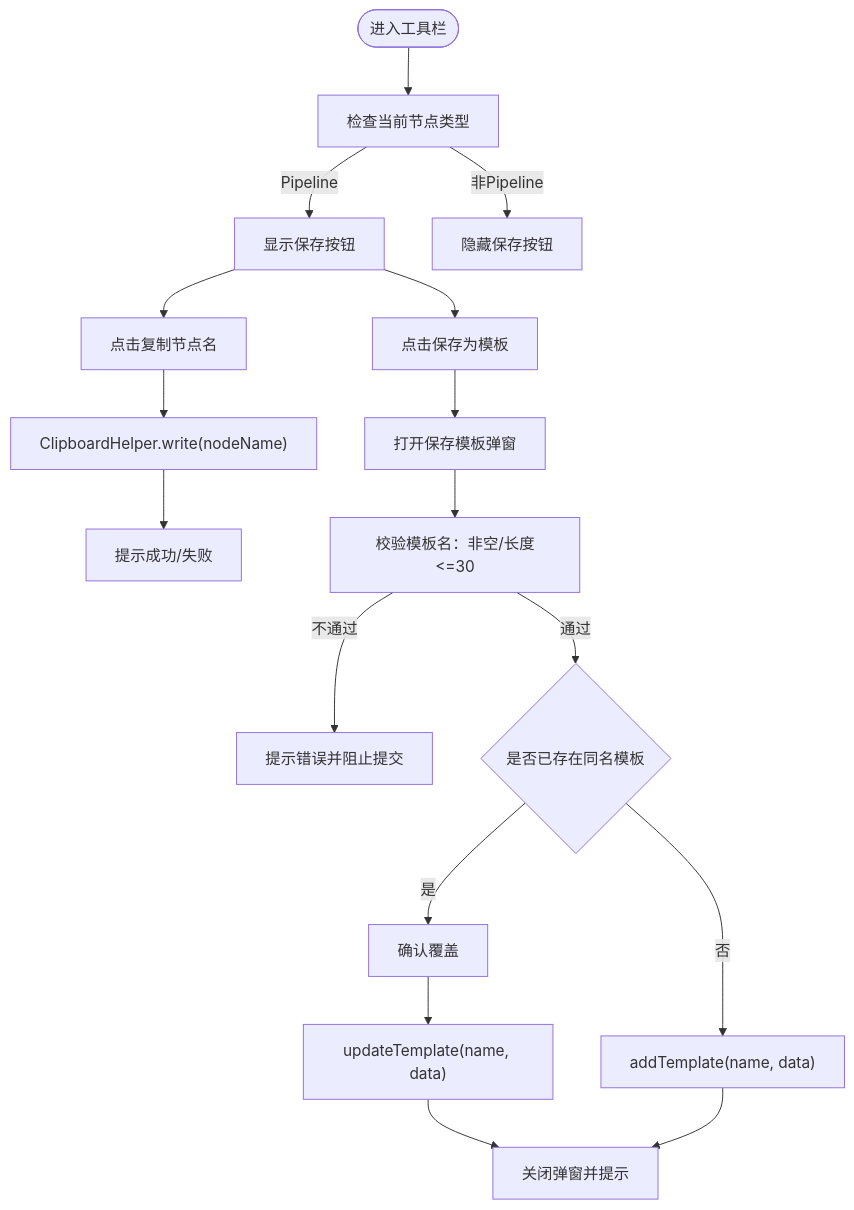
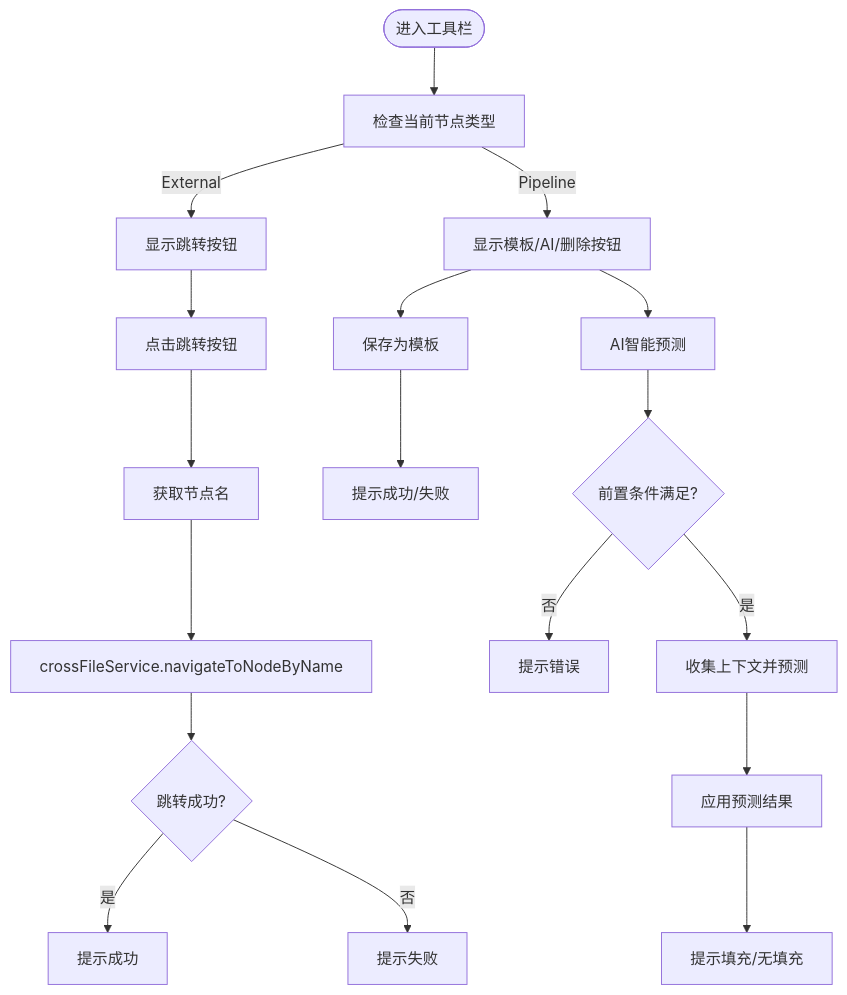
One commit to kqcoxn/MaaPipelineEditor changed the third of 6 diagrams in .qoder/repowiki/zh/content/核心概念/字段面板工具栏.md. Above: the diagram before and after it, drawn with Mermaid. The commit also changed other lines of this file and 6 other files, not shown here.

````diff
--- a/.qoder/repowiki/zh/content/核心概念/字段面板工具栏.md
+++ b/.qoder/repowiki/zh/content/核心概念/字段面板工具栏.md
@@ -166,19 +129,20 @@
 ```mermaid
 flowchart TD
 Start(["进入工具栏"]) --> CheckType["检查当前节点类型"]
-CheckType --> |Pipeline| ShowSave["显示保存按钮"]
-CheckType --> |非Pipeline| HideSave["隐藏保存按钮"]
-ShowSave --> ClickCopy["点击复制节点名"]
-ClickCopy --> CopyExec["ClipboardHelper.write(nodeName)"]
-CopyExec --> CopyDone["提示成功/失败"]
-ShowSave --> ClickSave["点击保存为模板"]
-ClickSave --> OpenModal["打开保存模板弹窗"]
-OpenModal --> Validate["校验模板名：非空/长度<=30"]
-Validate --> |不通过| Warn["提示错误并阻止提交"]
-Validate --> |通过| DupCheck{"是否已存在同名模板"}
-DupCheck --> |是| ConfirmOverwrite["确认覆盖"]
-ConfirmOverwrite --> Overwrite["updateTemplate(name, data)"]
-DupCheck --> |否| AddNew["addTemplate(name, data)"]
-Overwrite --> Done["关闭弹窗并提示"]
-AddNew --> Done
+CheckType --> |External| NavBtn["显示跳转按钮"]
+CheckType --> |Pipeline| PipeBtns["显示模板/AI/删除按钮"]
+NavBtn --> ClickNav["点击跳转按钮"]
+ClickNav --> GetLabel["获取节点名"]
+GetLabel --> CallCFS["crossFileService.navigateToNodeByName"]
+CallCFS --> Result{"跳转成功?"}
+Result --> |是| Success["提示成功"]
+Result --> |否| Warn["提示失败"]
+PipeBtns --> SaveTpl["保存为模板"]
+SaveTpl --> Done["提示成功/失败"]
+PipeBtns --> AIPred["AI智能预测"]
+AIPred --> PreCheck{"前置条件满足?"}
+PreCheck --> |否| Err["提示错误"]
+PreCheck --> |是| RunPred["收集上下文并预测"]
+RunPred --> Apply["应用预测结果"]
+Apply --> FillInfo["提示填充/无填充"]
 ```
````
